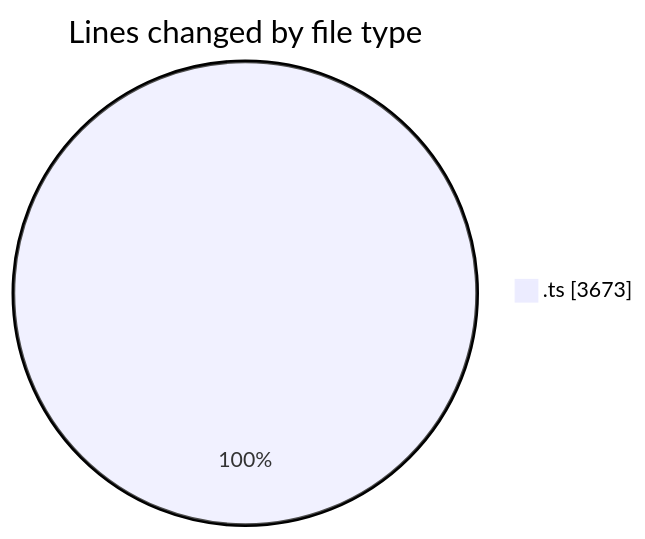
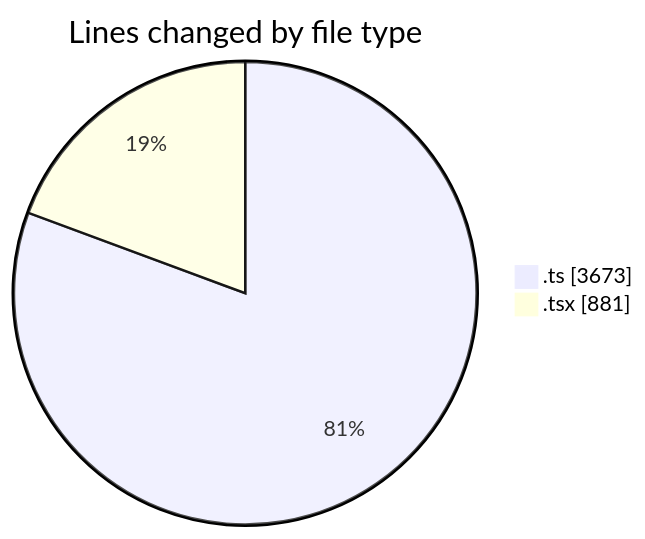
The first of 2 diagrams in 2025-07-25/cohera/README.md (JenPaints/code-tracking), drawn with Mermaid before and after one commit. The commit also changed other lines of this file and 1 other file, not shown here.

````diff
--- a/2025-07-25/cohera/README.md
+++ b/2025-07-25/cohera/README.md
@@ -25,5 +26,6 @@
 ```mermaid
 pie showData
 title Lines changed by file type
 ".ts" : 3673
+".tsx" : 881
 ```
````
